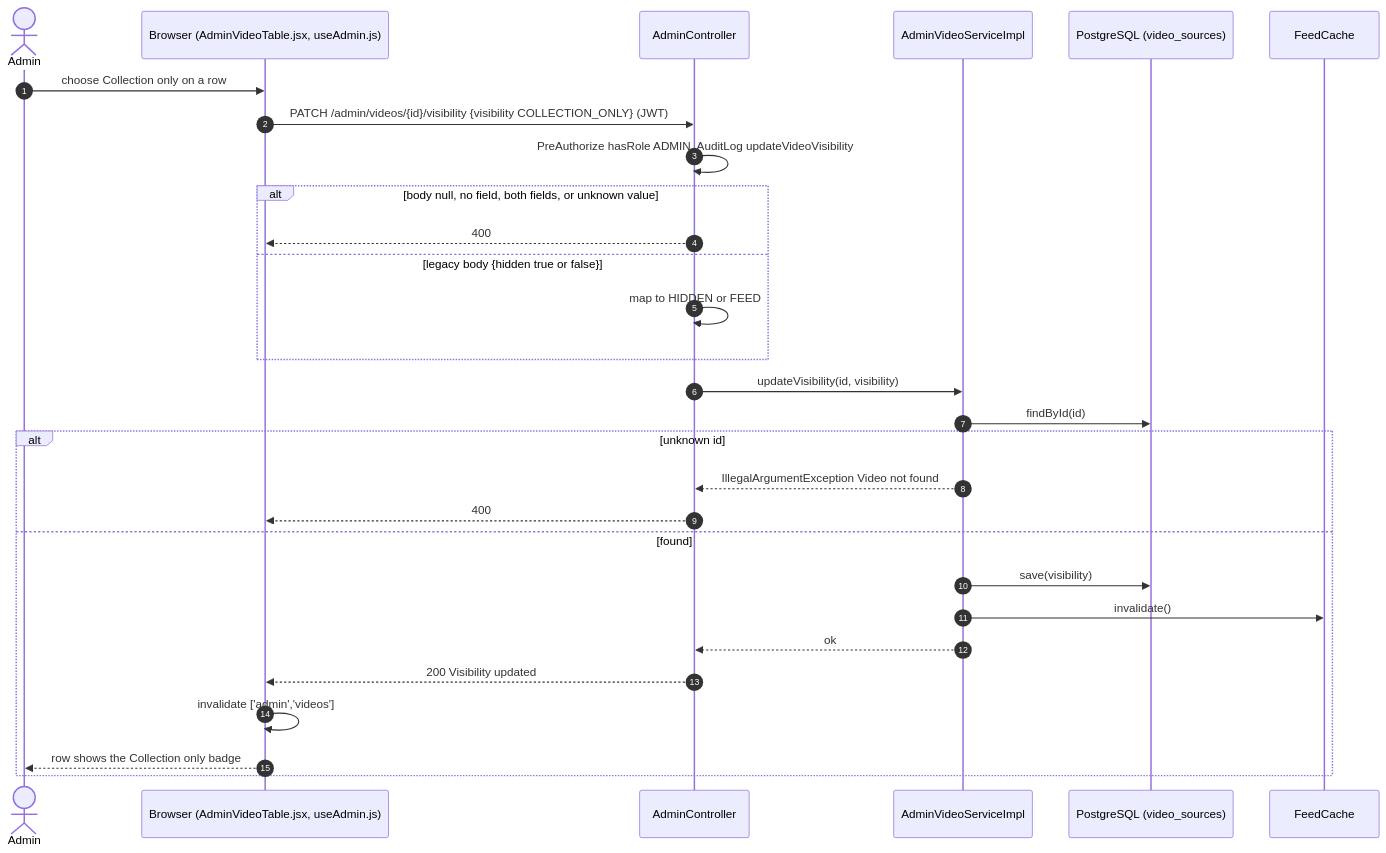
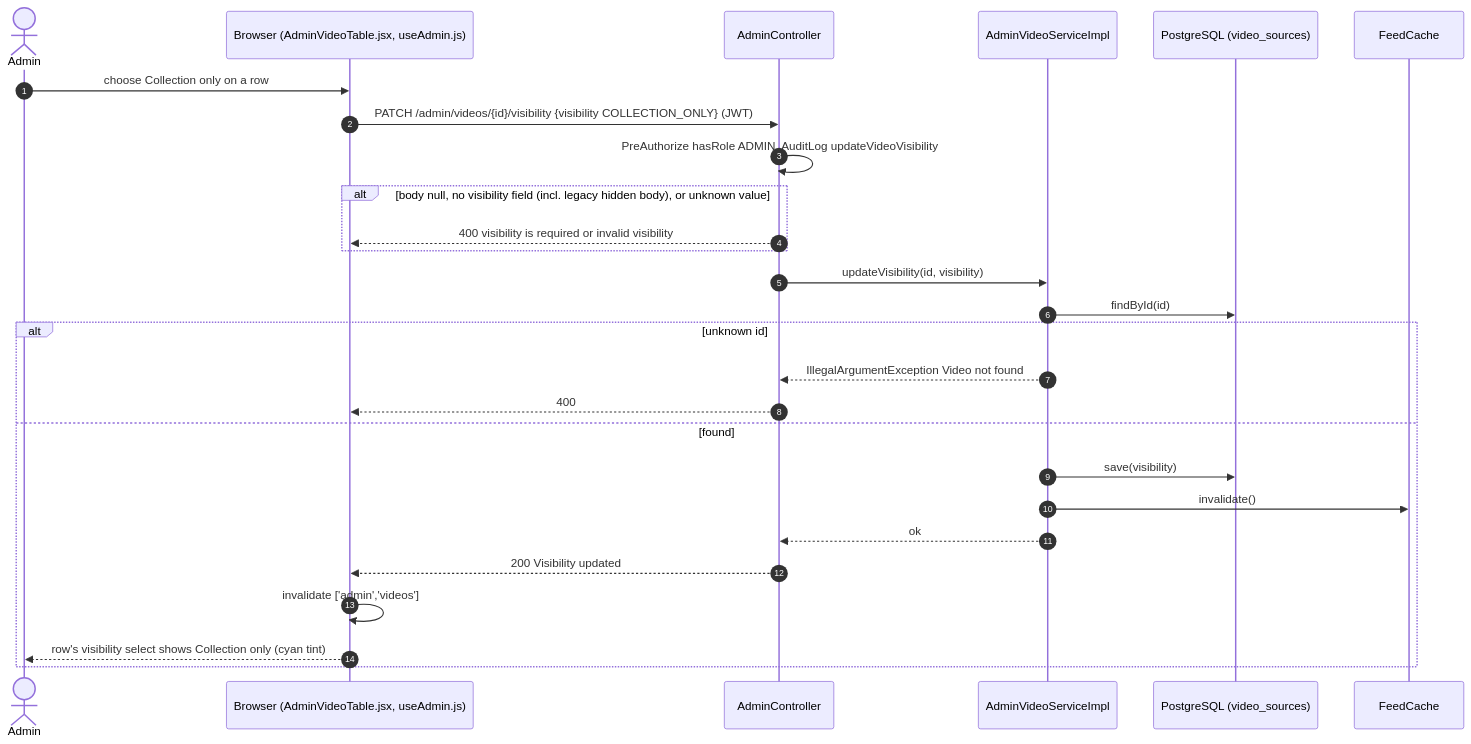
Before and after one commit to nguyenhuuca/assessment: the first of 6 diagrams in docs/sequence/sequence-collection-only-videos.md, drawn with Mermaid. The commit also changed other lines of this file and 5 other files, not shown here.

First line of the commit message:
docs(collection-only): CO-7 done, prod smoke passed, diagrams As-built

````diff
--- a/docs/sequence/sequence-collection-only-videos.md
+++ b/docs/sequence/sequence-collection-only-videos.md
@@ -14,32 +14,30 @@
 ```mermaid
 sequenceDiagram
     autonumber
     actor A as Admin
     participant FE as Browser (AdminVideoTable.jsx, useAdmin.js)
     participant API as AdminController
     participant S as AdminVideoServiceImpl
     participant DB as PostgreSQL (video_sources)
     participant FC as FeedCache
 
     A->>FE: choose Collection only on a row
     FE->>API: PATCH /admin/videos/{id}/visibility {visibility COLLECTION_ONLY} (JWT)
     API->>API: PreAuthorize hasRole ADMIN, AuditLog updateVideoVisibility
-    alt body null, no field, both fields, or unknown value
-        API-->>FE: 400
-    else legacy body {hidden true or false}
-        API->>API: map to HIDDEN or FEED
+    alt body null, no visibility field (incl. legacy hidden body), or unknown value
+        API-->>FE: 400 visibility is required or invalid visibility
     end
     API->>S: updateVisibility(id, visibility)
     S->>DB: findById(id)
     alt unknown id
         S-->>API: IllegalArgumentException Video not found
         API-->>FE: 400
     else found
         S->>DB: save(visibility)
         S->>FC: invalidate()
         S-->>API: ok
         API-->>FE: 200 Visibility updated
         FE->>FE: invalidate ['admin','videos']
-        FE-->>A: row shows the Collection only badge
+        FE-->>A: row's visibility select shows Collection only (cyan tint)
     end
 ```
````
